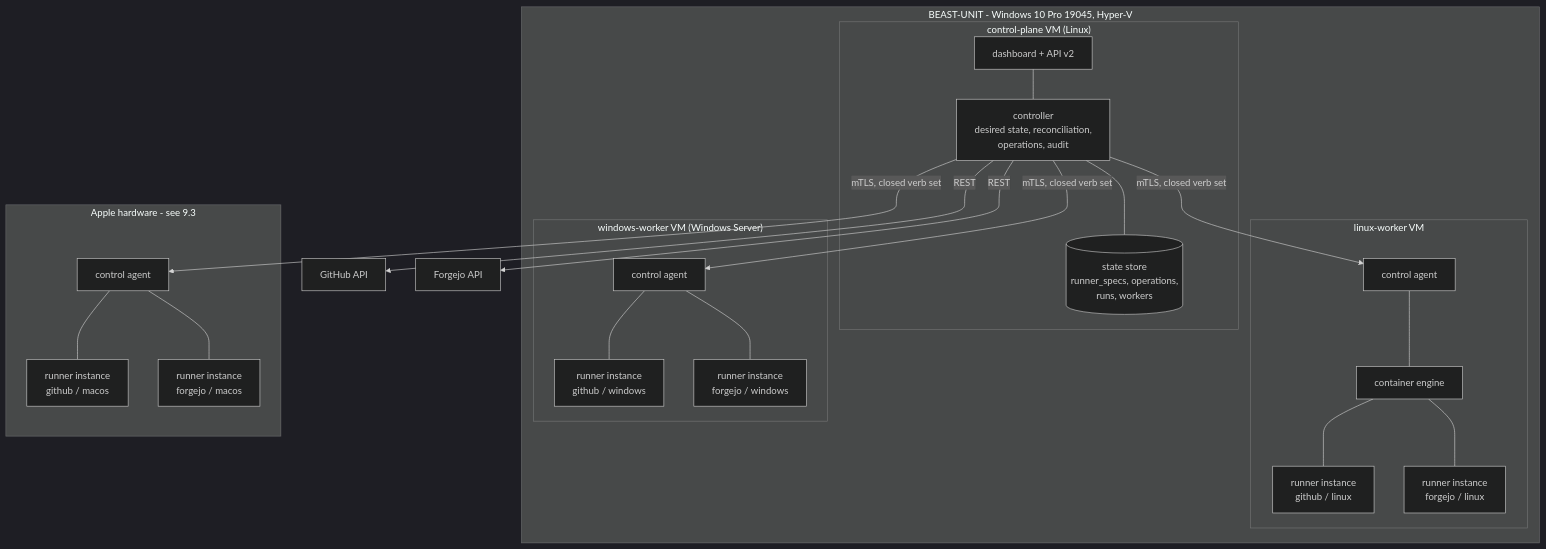
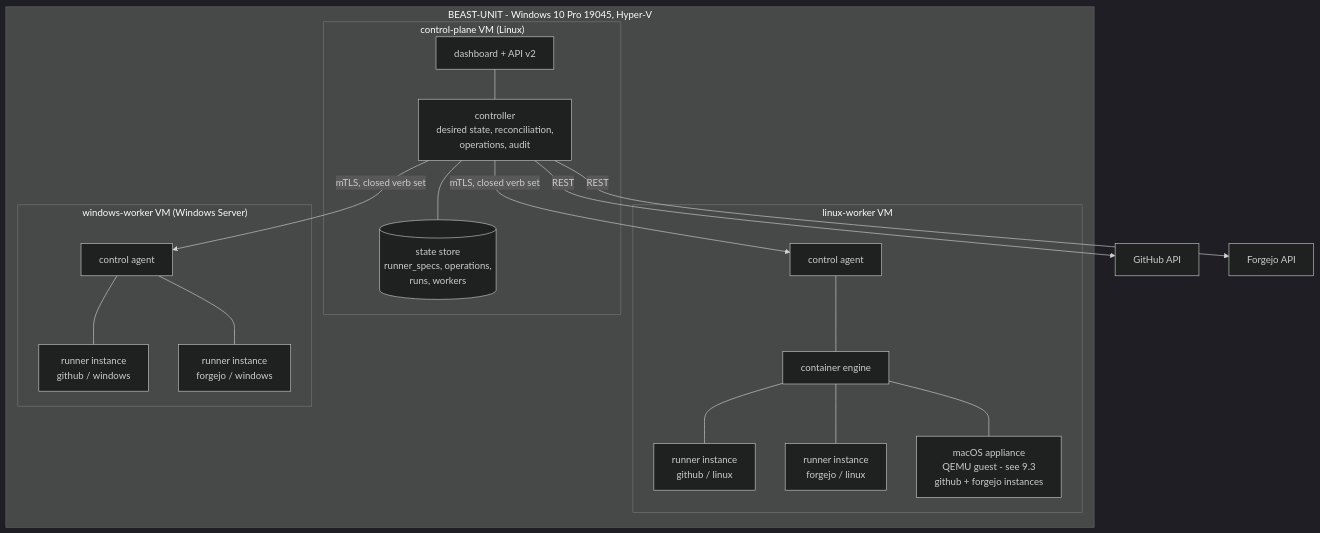
The first of 5 diagrams in docs/superpowers/specs/2026-09-17-uniform-hyperv-runner-platform-design.md (NoMercy-Entertainment/nomercy-github-runner), drawn with Mermaid (dark theme) before and after one commit. The commit also changed other lines of this file and 1 other file, not shown here.

````diff
--- a/docs/superpowers/specs/2026-09-17-uniform-hyperv-runner-platform-design.md
+++ b/docs/superpowers/specs/2026-09-17-uniform-hyperv-runner-platform-design.md
@@ -692,36 +710,31 @@
 ```mermaid
 flowchart TB
   subgraph HOST["BEAST-UNIT - Windows 10 Pro 19045, Hyper-V"]
     subgraph CP["control-plane VM (Linux)"]
       CTL["controller<br/>desired state, reconciliation,<br/>operations, audit"]
       DB[("state store<br/>runner_specs, operations,<br/>runs, workers")]
       UI["dashboard + API v2"]
       CTL --- DB
       UI --- CTL
     end
     subgraph LW["linux-worker VM"]
       LA["control agent"]
       LE["container engine"]
       LR1["runner instance<br/>github / linux"]
       LR2["runner instance<br/>forgejo / linux"]
-      LA --- LE --- LR1 & LR2
+      MAC["macOS appliance<br/>QEMU guest - see 9.3<br/>github + forgejo instances"]
+      LA --- LE --- LR1 & LR2 & MAC
     end
     subgraph WW["windows-worker VM (Windows Server)"]
       WA["control agent"]
       WR1["runner instance<br/>github / windows"]
       WR2["runner instance<br/>forgejo / windows"]
       WA --- WR1 & WR2
     end
   end
-  subgraph MAC["Apple hardware - see 9.3"]
-    MA["control agent"]
-    MR1["runner instance<br/>github / macos"]
-    MR2["runner instance<br/>forgejo / macos"]
-    MA --- MR1 & MR2
-  end
+
   CTL -- "mTLS, closed verb set" --> LA
   CTL -- "mTLS, closed verb set" --> WA
-  CTL -- "mTLS, closed verb set" --> MA
   CTL -- "REST" --> GH["GitHub API"]
   CTL -- "REST" --> FJ["Forgejo API"]
 ```
````
